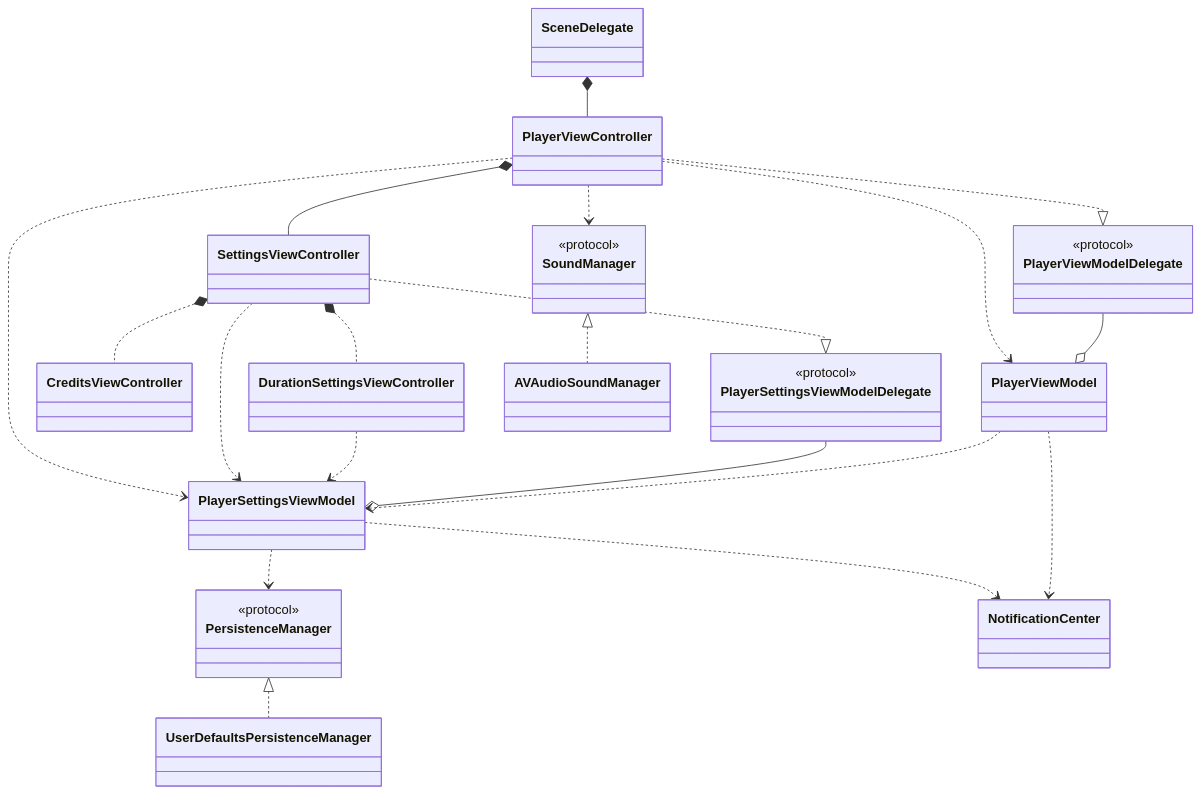
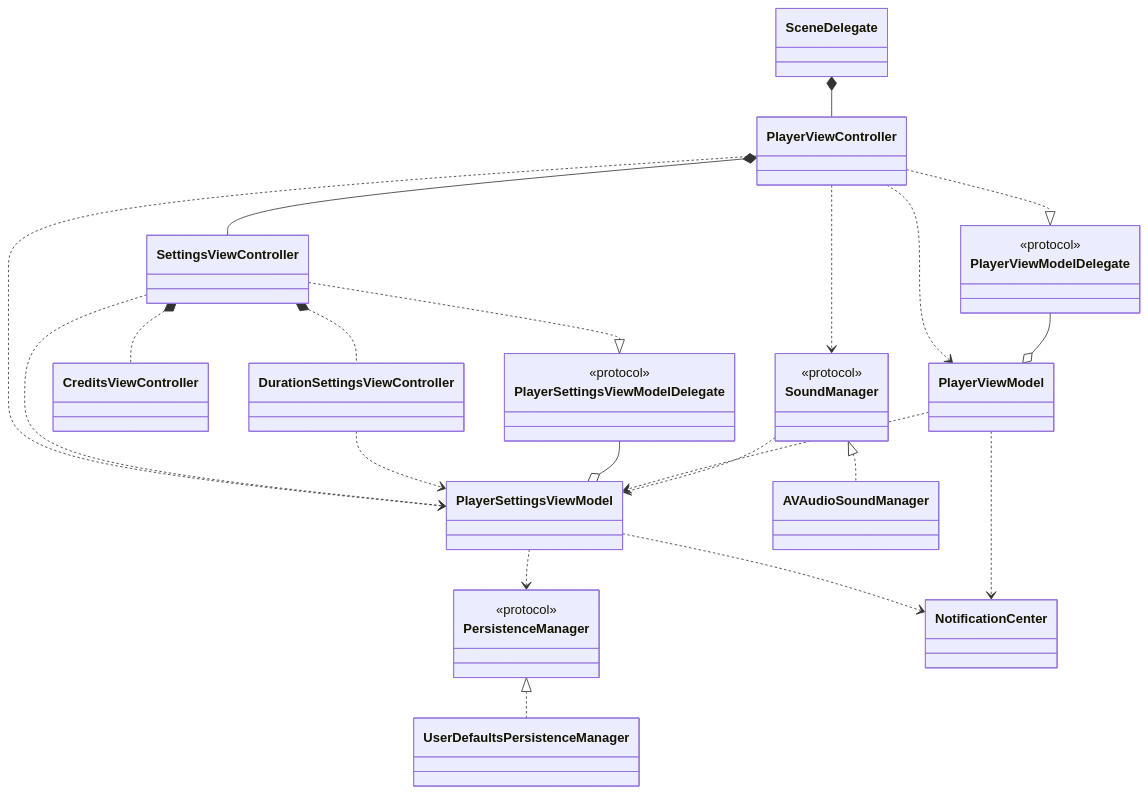
One commit to carlosyslas/tranki changed the diagram in README.md. Above: the diagram before and after it, drawn with Mermaid. The commit also changed 2 other files, not shown here.

Commit message:
Fix issue of sounds being unmutted when looping

````diff
--- a/README.md
+++ b/README.md
@@ -29,37 +29,38 @@
 ```mermaid
 ---
 tranki
 ---
 classDiagram
     SceneDelegate *-- PlayerViewController
 
     PlayerViewController ..> PlayerSettingsViewModel
     PlayerViewController ..> SoundManager
     PlayerViewController ..> PlayerViewModel
     PlayerViewController *-- SettingsViewController
     PlayerViewController ..|> PlayerViewModelDelegate
 
     SettingsViewController ..> PlayerSettingsViewModel
     SettingsViewController *.. CreditsViewController
     SettingsViewController *.. DurationSettingsViewController
     SettingsViewController ..|> PlayerSettingsViewModelDelegate
 
     DurationSettingsViewController ..> PlayerSettingsViewModel
 
     PlayerSettingsViewModel ..> PersistenceManager
     PlayerSettingsViewModel ..> NotificationCenter
     PlayerSettingsViewModelDelegate --o PlayerSettingsViewModel
 
     PlayerViewModelDelegate --o PlayerViewModel
     PlayerViewModel ..> PlayerSettingsViewModel
     PlayerViewModel ..> NotificationCenter
 
     SoundManager <|.. AVAudioSoundManager
+    SoundManager ..> PlayerSettingsViewModel
 
     PersistenceManager <|.. UserDefaultsPersistenceManager
 
     <<protocol>>SoundManager
     <<protocol>>PersistenceManager
     <<protocol>>PlayerViewModelDelegate
     <<protocol>>PlayerSettingsViewModelDelegate
 ```
````
